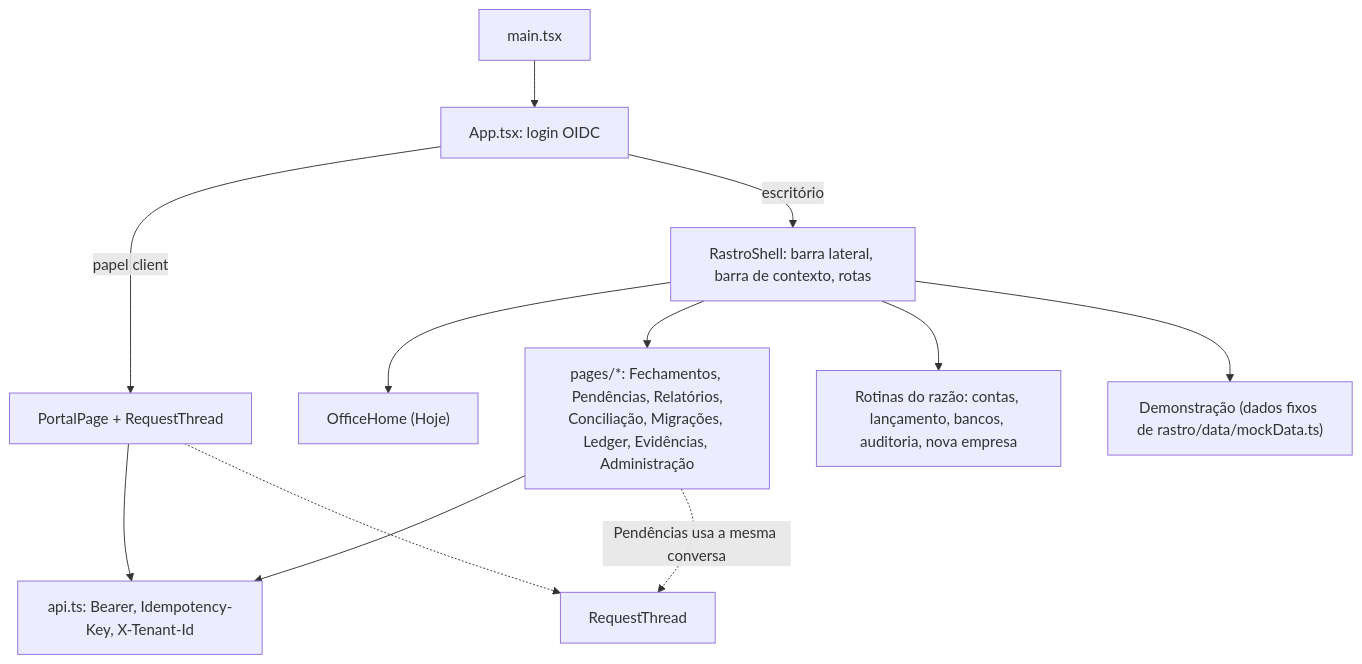
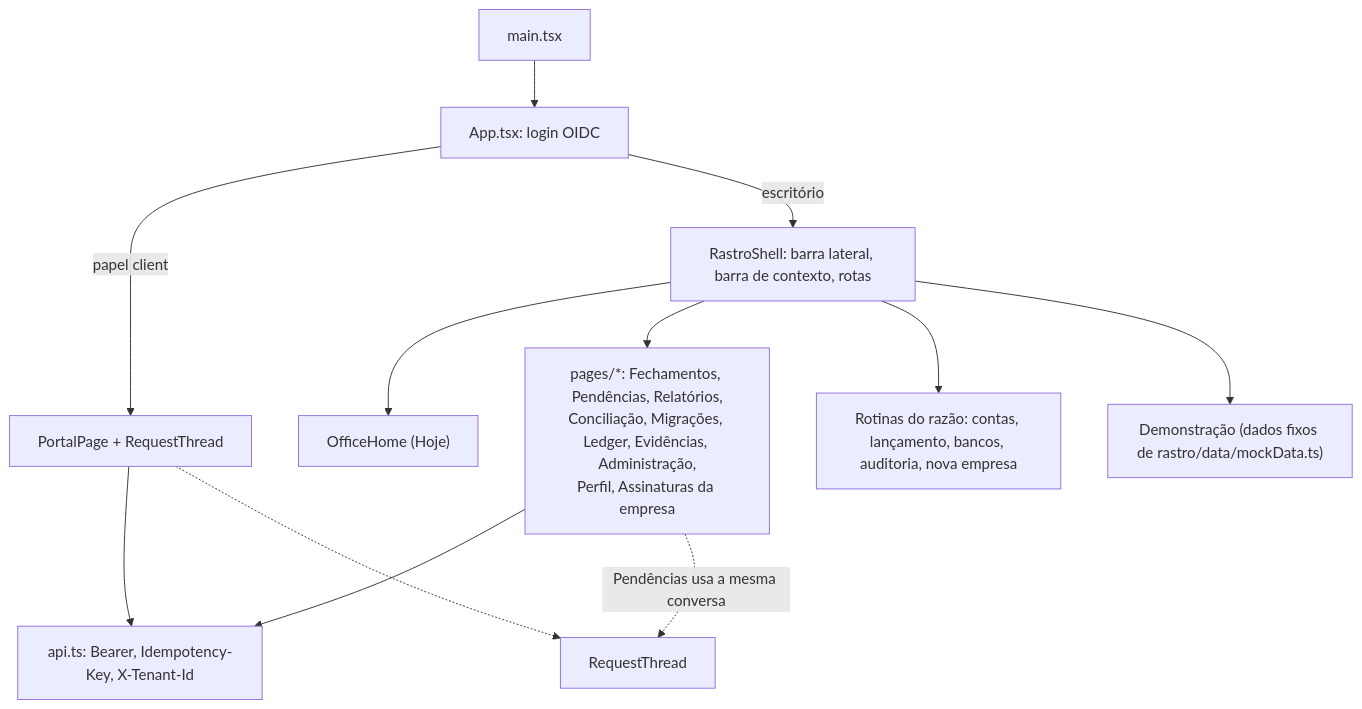
The sixth of 6 diagrams in docs/mapa-do-codigo.md (diegothuran/contabilidade_brasil), drawn with Mermaid before and after one commit. The commit also changed other lines of this file and 7 other files, not shown here.

````diff
--- a/docs/mapa-do-codigo.md
+++ b/docs/mapa-do-codigo.md
@@ -172,14 +173,14 @@
 ```mermaid
 flowchart TB
     main["main.tsx"] --> app["App.tsx: login OIDC"]
     app -->|"papel client"| portal["PortalPage + RequestThread"]
     app -->|"escritório"| shell["RastroShell: barra lateral, barra de contexto, rotas"]
     shell --> home["OfficeHome (Hoje)"]
-    shell --> pages["pages/*: Fechamentos, Pendências, Relatórios,<br/>Conciliação, Migrações, Ledger, Evidências, Administração"]
+    shell --> pages["pages/*: Fechamentos, Pendências, Relatórios,<br/>Conciliação, Migrações, Ledger, Evidências, Administração,<br/>Perfil, Assinaturas da empresa"]
     shell --> rotinas["Rotinas do razão: contas, lançamento, bancos, auditoria, nova empresa"]
     shell --> demo["Demonstração (dados fixos de rastro/data/mockData.ts)"]
     pages --> apits["api.ts: Bearer, Idempotency-Key, X-Tenant-Id"]
     portal --> apits
     pages -.->|"Pendências usa a mesma conversa"| thread["RequestThread"]
     portal -.-> thread
 ```
````
